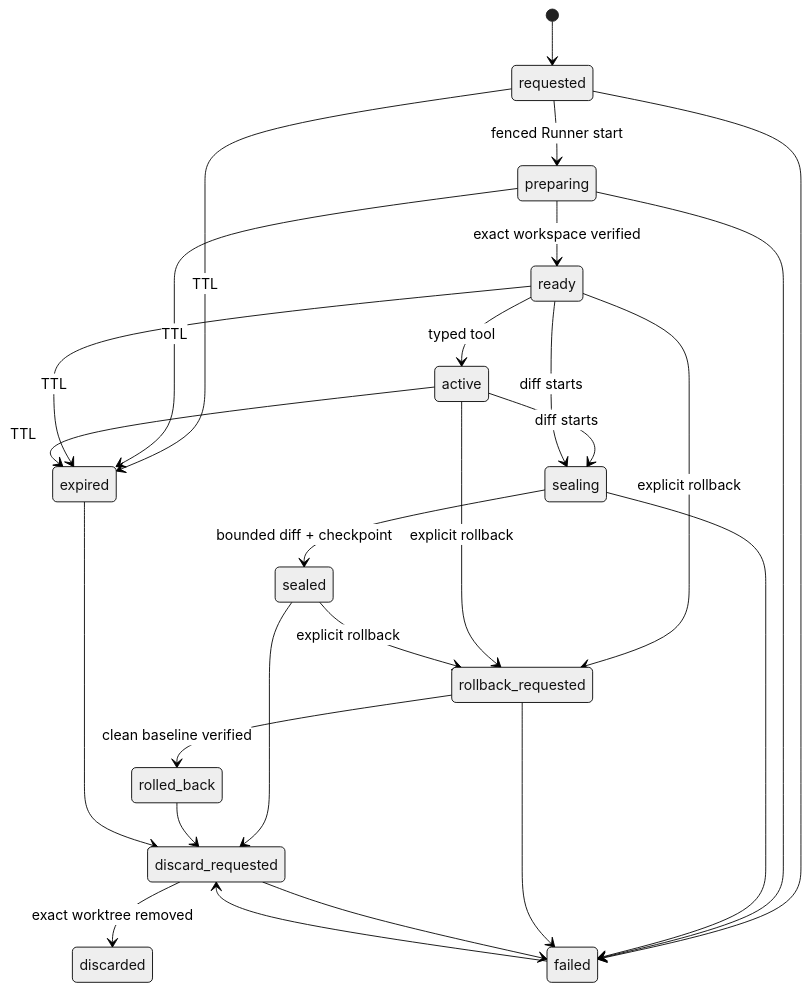
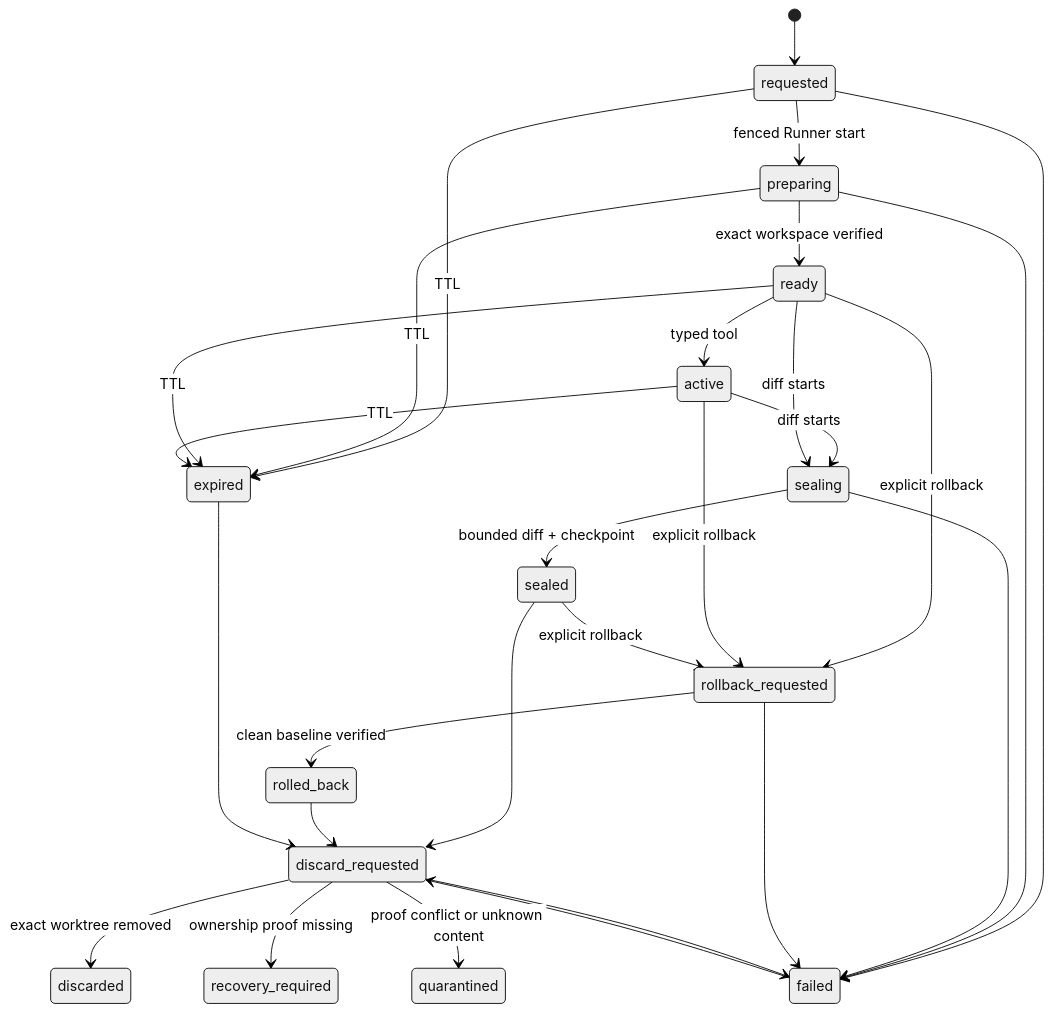
One commit to dankk0220abc-prog/visual-engineer changed the seventh of 7 diagrams in docs/architecture/state-machine.md. Above: the diagram before and after it, drawn with Mermaid (neutral theme). The commit also changed other lines of this file and 67 other files, not shown here.

````diff
--- a/docs/architecture/state-machine.md
+++ b/docs/architecture/state-machine.md
@@ -164,28 +184,30 @@
 ```mermaid
 stateDiagram-v2
     [*] --> requested
     requested --> preparing: fenced Runner start
     preparing --> ready: exact workspace verified
     requested --> failed
     preparing --> failed
     ready --> active: typed tool
     active --> sealing: diff starts
     ready --> sealing: diff starts
     sealing --> sealed: bounded diff + checkpoint
     sealing --> failed
     ready --> rollback_requested: explicit rollback
     active --> rollback_requested: explicit rollback
     sealed --> rollback_requested: explicit rollback
     rollback_requested --> rolled_back: clean baseline verified
     rollback_requested --> failed
     sealed --> discard_requested
     rolled_back --> discard_requested
     failed --> discard_requested
     expired --> discard_requested
     discard_requested --> discarded: exact worktree removed
     discard_requested --> failed
+    discard_requested --> recovery_required: ownership proof missing
+    discard_requested --> quarantined: proof conflict or unknown content
     requested --> expired: TTL
     preparing --> expired: TTL
     ready --> expired: TTL
     active --> expired: TTL
 ```
````
